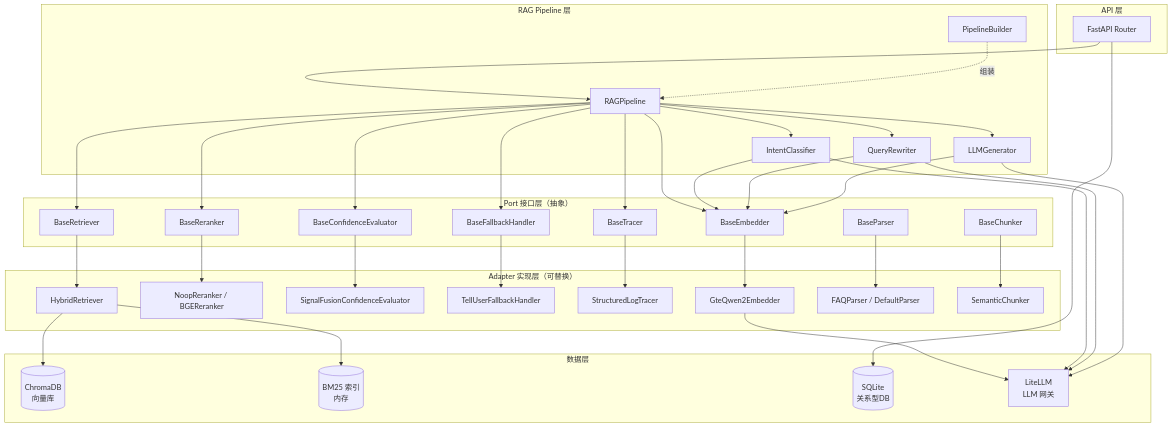
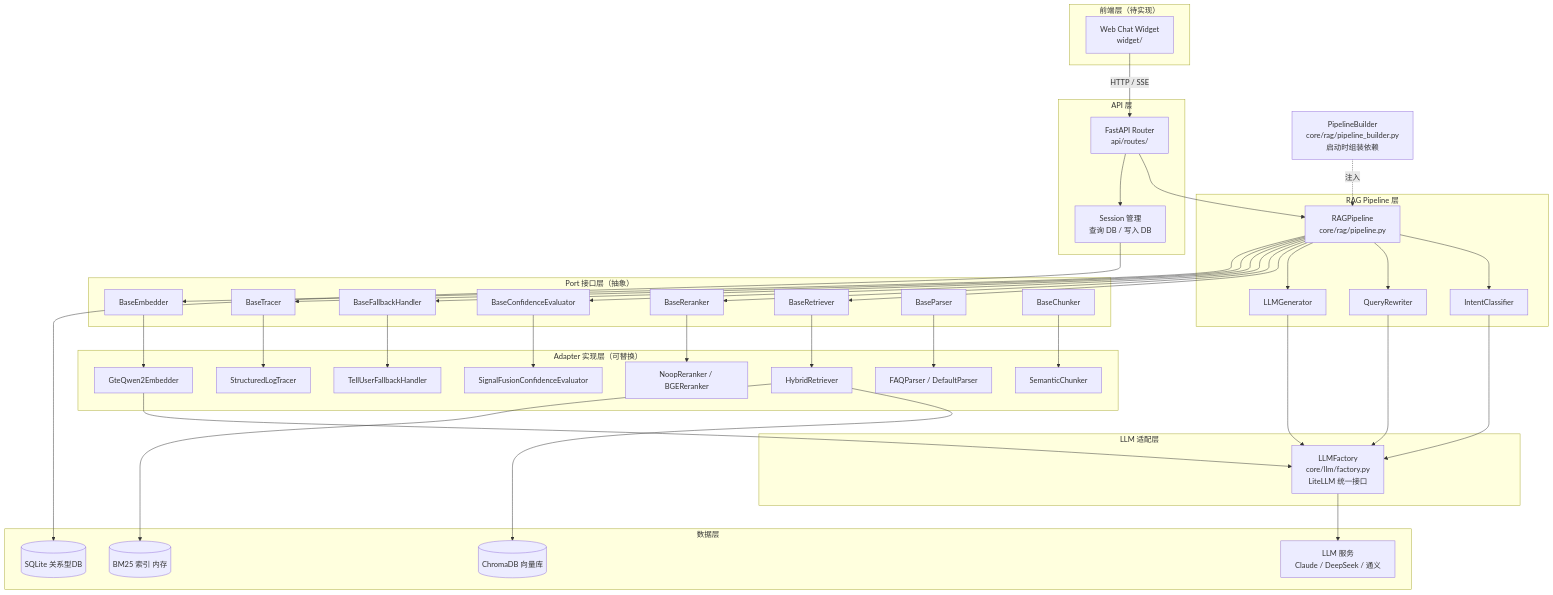
One commit to bob798/rag-customer-service changed the diagram in docs/architecture.md. Above: the diagram before and after it, drawn with Mermaid. The commit also changed other lines of this file and 48 other files, not shown here.

First line of the commit message:
docs: fix architecture diagram, add test HTML reports, startup guide

````diff
--- a/docs/architecture.md
+++ b/docs/architecture.md
@@ -5,52 +5,74 @@
 ```mermaid
 graph TB
+    subgraph Frontend["前端层（待实现）"]
+        F1["Web Chat Widget<br>widget/"]
+    end
+
     subgraph API["API 层"]
-        A[FastAPI Router]
+        A1["FastAPI Router<br>api/routes/"]
+        A2["Session 管理<br>查询 DB / 写入 DB"]
     end
 
     subgraph Pipeline["RAG Pipeline 层"]
-        B[RAGPipeline]
-        B1[IntentClassifier]
-        B2[QueryRewriter]
-        B3[LLMGenerator]
-        B4[PipelineBuilder]
+        B["RAGPipeline<br>core/rag/pipeline.py"]
+        B1["IntentClassifier"]
+        B2["QueryRewriter"]
+        B3["LLMGenerator"]
+    end
+
+    subgraph LLMAdp["LLM 适配层"]
+        LF["LLMFactory<br>core/llm/factory.py<br>LiteLLM 统一接口"]
     end
 
     subgraph Ports["Port 接口层（抽象）"]
-        P1[BaseRetriever]
-        P2[BaseReranker]
-        P3[BaseConfidenceEvaluator]
-        P4[BaseFallbackHandler]
-        P5[BaseTracer]
-        P6[BaseEmbedder]
-        P7[BaseParser]
-        P8[BaseChunker]
+        P1["BaseRetriever"]
+        P2["BaseReranker"]
+        P3["BaseConfidenceEvaluator"]
+        P4["BaseFallbackHandler"]
+        P5["BaseTracer"]
+        P6["BaseEmbedder"]
+        P7["BaseParser"]
+        P8["BaseChunker"]
     end
 
     subgraph Adapters["Adapter 实现层（可替换）"]
-        AD1[HybridRetriever]
-        AD2[NoopReranker / BGEReranker]
-        AD3[SignalFusionConfidenceEvaluator]
-        AD4[TellUserFallbackHandler]
-        AD5[StructuredLogTracer]
-        AD6[GteQwen2Embedder]
-        AD7[FAQParser / DefaultParser]
-        AD8[SemanticChunker]
+        AD1["HybridRetriever"]
+        AD2["NoopReranker / BGEReranker"]
+        AD3["SignalFusionConfidenceEvaluator"]
+        AD4["TellUserFallbackHandler"]
+        AD5["StructuredLogTracer"]
+        AD6["GteQwen2Embedder"]
+        AD7["FAQParser / DefaultParser"]
+        AD8["SemanticChunker"]
     end
 
     subgraph Data["数据层"]
-        D1[(ChromaDB\n向量库)]
-        D2[(BM25 索引\n内存)]
-        D3[(SQLite\n关系型DB)]
-        D4[LiteLLM\nLLM 网关]
+        D1[("ChromaDB 向量库")]
+        D2[("BM25 索引 内存")]
+        D3[("SQLite 关系型DB")]
+        D4["LLM 服务<br>Claude / DeepSeek / 通义"]
     end
 
-    A --> B
-    B --> B1 & B2 & B3
-    B4 -.->|组装| B
+    PB["PipelineBuilder<br>core/rag/pipeline_builder.py<br>启动时组装依赖"]
 
-    B --> P1 & P2 & P3 & P4 & P5 & P6
-    B1 & B2 & B3 --> P6
+    F1 -->|"HTTP / SSE"| A1
+    A1 --> B
+    A1 --> A2
+    A2 --> D3
+
+    B --> B1
+    B --> B2
+    B --> B3
+    B1 --> LF
+    B2 --> LF
+    B3 --> LF
+
+    B --> P1
+    B --> P2
+    B --> P3
+    B --> P4
+    B --> P5
+    B --> P6
 
     P1 --> AD1
     P2 --> AD2
@@ -61,8 +83,10 @@
     P7 --> AD7
     P8 --> AD8
 
-    AD1 --> D1 & D2
-    AD6 --> D4
-    B1 & B2 & B3 --> D4
-    A --> D3
+    AD1 --> D1
+    AD1 --> D2
+    AD6 --> LF
+    LF --> D4
+
+    PB -.->|"注入"| B
 ```
````
